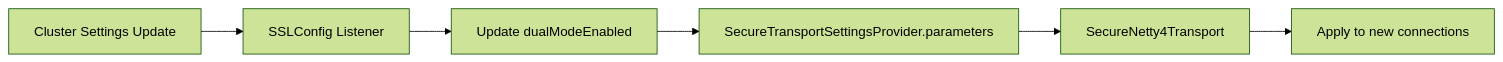
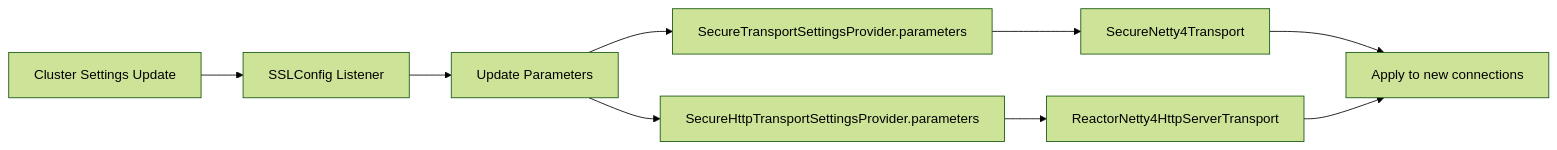
The second of 2 diagrams in docs/features/opensearch/secure-transport-settings.md (tkykenmt/opensearch-feature-explorer), drawn with Mermaid (forest theme) before and after one commit. The commit also changed other lines of this file and 2 other files, not shown here.

Commit message:
docs: add Secure Transport Parameters report for v3.2.0 (#1233)

````diff
--- a/docs/features/opensearch/secure-transport-settings.md
+++ b/docs/features/opensearch/secure-transport-settings.md
@@ -37,8 +41,11 @@
 ```mermaid
 flowchart LR
     A[Cluster Settings Update] --> B[SSLConfig Listener]
-    B --> C[Update dualModeEnabled]
-    C --> D[SecureTransportSettingsProvider.parameters]
-    D --> E[SecureNetty4Transport]
-    E --> F[Apply to new connections]
+    B --> C[Update Parameters]
+    C --> D1[SecureTransportSettingsProvider.parameters]
+    C --> D2[SecureHttpTransportSettingsProvider.parameters]
+    D1 --> E1[SecureNetty4Transport]
+    D2 --> E2[ReactorNetty4HttpServerTransport]
+    E1 --> F[Apply to new connections]
+    E2 --> F
 ```
````
